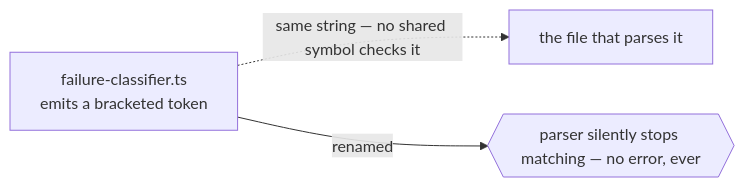
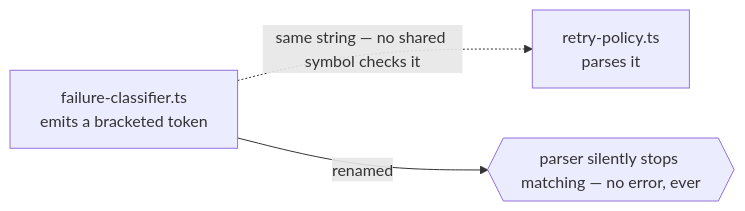
One commit to SidCorp-co/codemap changed the diagram in patterns/contract.md. Above: the diagram before and after it, drawn with Mermaid. The commit also changed other lines of this file and 4 other files, not shown here.

````diff
--- a/patterns/contract.md
+++ b/patterns/contract.md
@@ -3,5 +3,5 @@
 ```mermaid
 flowchart LR
-  A["failure-classifier.ts<br/>emits a bracketed token"] -.->|"same string — no shared symbol checks it"| B["the file that parses it"]
+  A["failure-classifier.ts<br/>emits a bracketed token"] -.->|"same string — no shared symbol checks it"| B["retry-policy.ts<br/>parses it"]
   A -->|"renamed"| X{{"parser silently stops matching — no error, ever"}}
 ```
````
